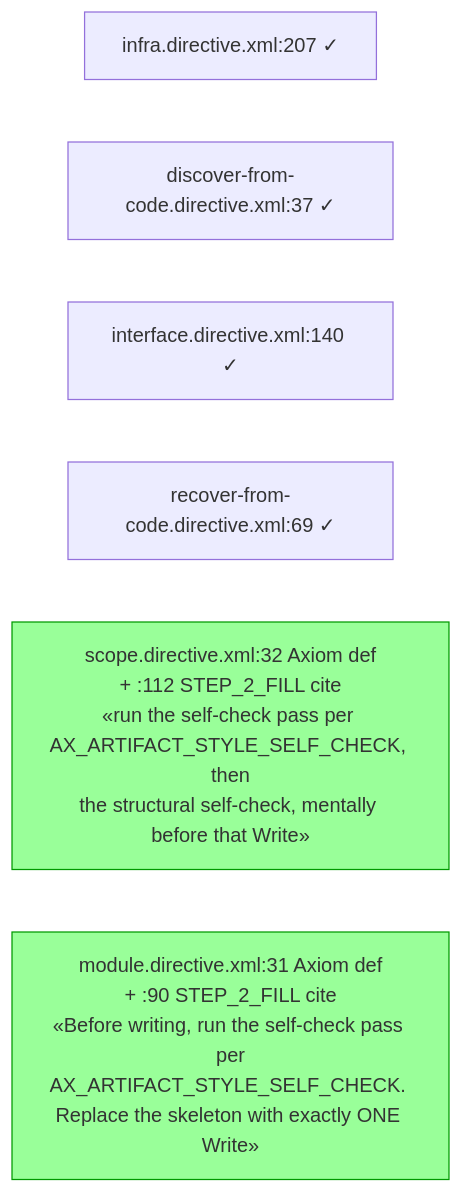
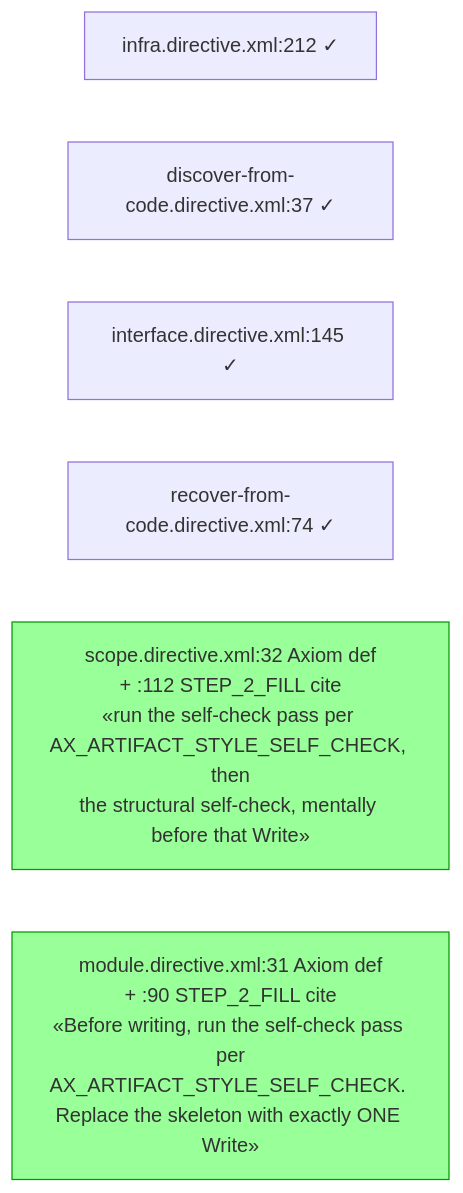
Before and after one commit to RubaXa/gennady: the second of 2 diagrams in ai/drafts/research/sdd-v1-to-v2-transfer/_raw/reports/R-T-B6-14.md, drawn with Mermaid. The commit also changed other lines of this file and 10 other files, not shown here.

````diff
--- a/ai/drafts/research/sdd-v1-to-v2-transfer/_raw/reports/R-T-B6-14.md
+++ b/ai/drafts/research/sdd-v1-to-v2-transfer/_raw/reports/R-T-B6-14.md
@@ -43,11 +43,11 @@
 ```mermaid
 flowchart LR
-  Infra["infra.directive.xml:207 ✓"]
+  Infra["infra.directive.xml:212 ✓"]
   Discover["discover-from-code.directive.xml:37 ✓"]
-  Interface["interface.directive.xml:140 ✓"]
-  Recover["recover-from-code.directive.xml:69 ✓"]
+  Interface["interface.directive.xml:145 ✓"]
+  Recover["recover-from-code.directive.xml:74 ✓"]
   Scope["scope.directive.xml:32 Axiom def\n+ :112 STEP_2_FILL cite\n«run the self-check pass per AX_ARTIFACT_STYLE_SELF_CHECK, then\nthe structural self-check, mentally before that Write»"]
   Module["module.directive.xml:31 Axiom def\n+ :90 STEP_2_FILL cite\n«Before writing, run the self-check pass per\nAX_ARTIFACT_STYLE_SELF_CHECK. Replace the skeleton with exactly ONE Write»"]
   style Scope fill:#9f9,stroke:#090
   style Module fill:#9f9,stroke:#090
 ```
````
